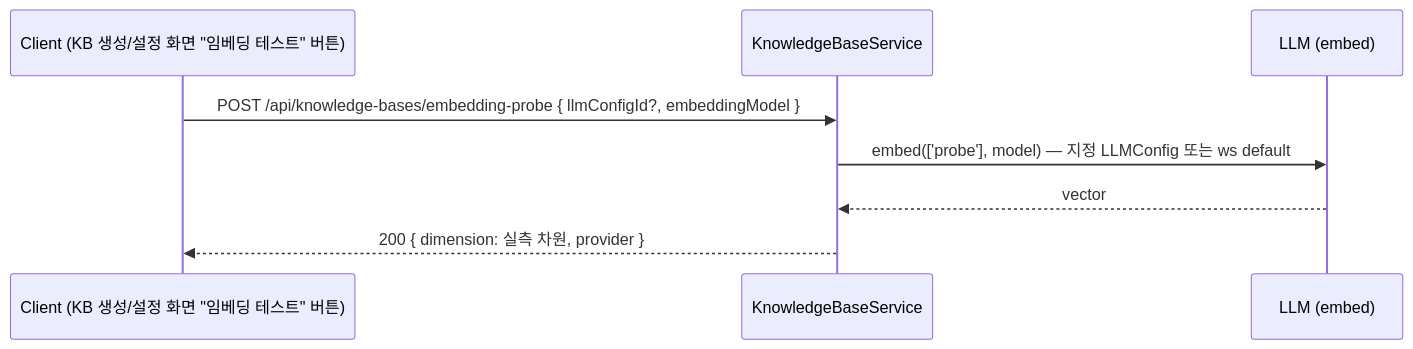
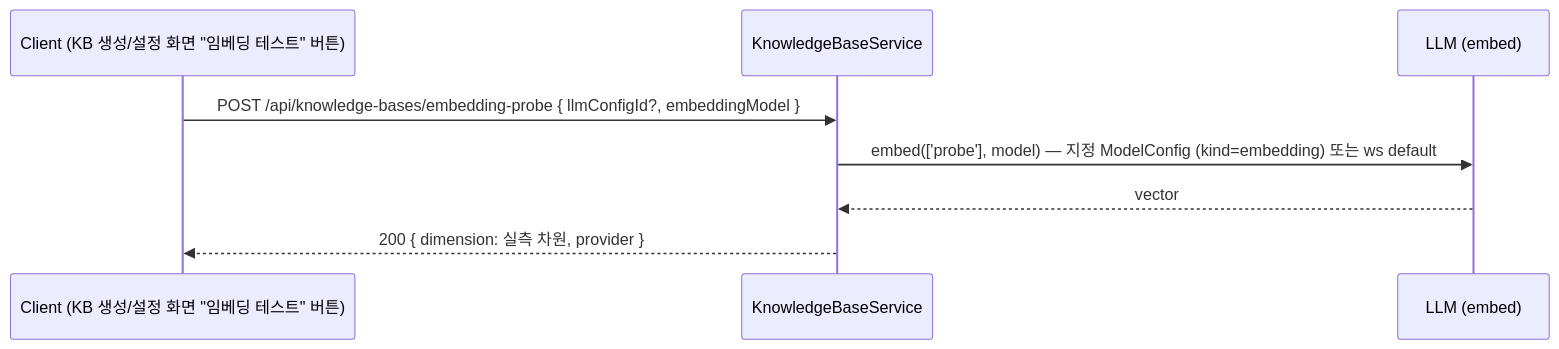
The fifth of 6 diagrams in spec/data-flow/6-knowledge-base.md (worker-ants/clemvion), drawn with Mermaid before and after one commit. The commit also changed other lines of this file and 4 other files, not shown here.

First line of the commit message:
docs(spec): 병합 후 impl-done 정합 — Model Config RBAC + #516 추가분 잔여 엔티티명 정리

````diff
--- a/spec/data-flow/6-knowledge-base.md
+++ b/spec/data-flow/6-knowledge-base.md
@@ -225,11 +225,11 @@
 ```mermaid
 sequenceDiagram
   participant C as Client (KB 생성/설정 화면 "임베딩 테스트" 버튼)
   participant Svc as KnowledgeBaseService
   participant LLM as LLM (embed)
 
   C->>Svc: POST /api/knowledge-bases/embedding-probe { llmConfigId?, embeddingModel }
-  Svc->>LLM: embed(['probe'], model) — 지정 LLMConfig 또는 ws default
+  Svc->>LLM: embed(['probe'], model) — 지정 ModelConfig (kind=embedding) 또는 ws default
   LLM-->>Svc: vector
   Svc-->>C: 200 { dimension: 실측 차원, provider }
 ```
````
